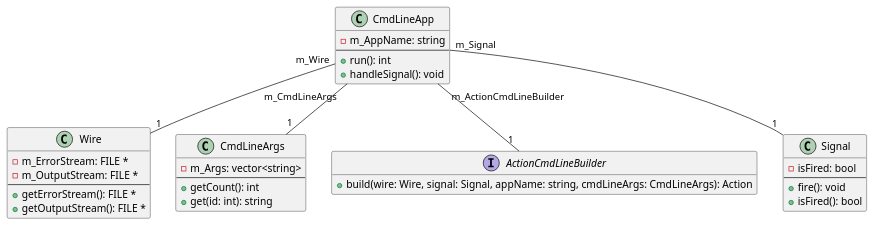
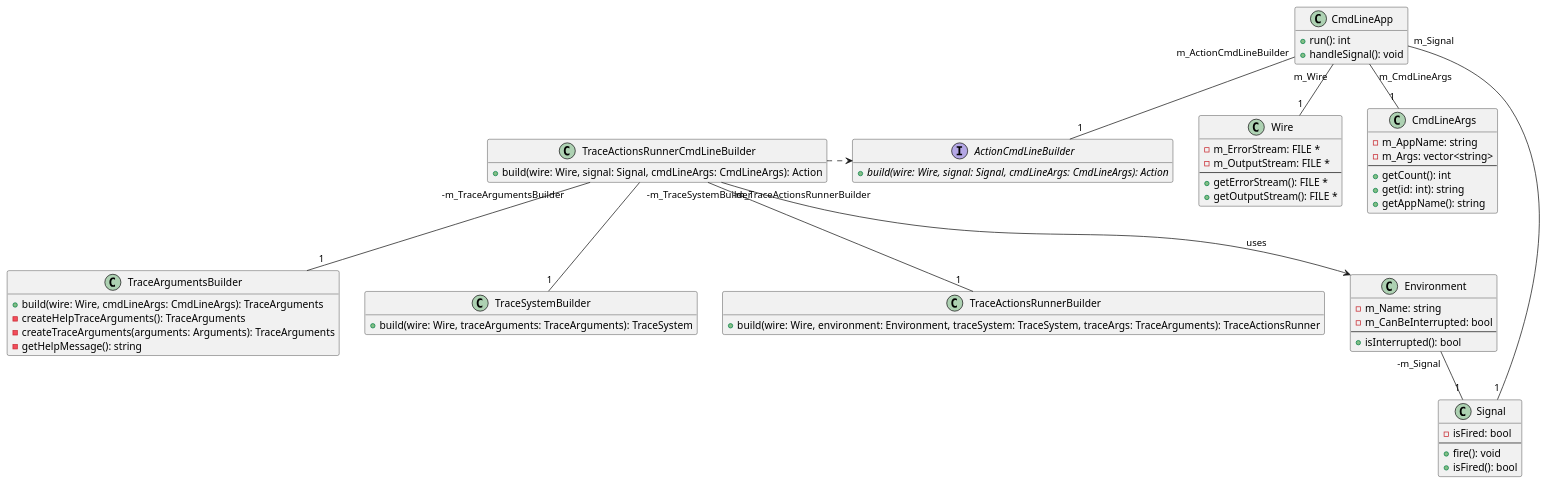
The diagram in docs/design/class_extensible.puml (littlewhywhat/extrace), drawn with PlantUML before and after one commit. The commit also changed 8 other files, not shown here.

Commit message:
Move AppName to CmdLineArgs from CmdLineApp

```diff
--- a/docs/design/class_extensible.puml
+++ b/docs/design/class_extensible.puml
@@ -1,43 +1,83 @@
 @startuml
 
 class CmdLineApp {
-  - m_AppName: string
-  --
   + run(): int
   + handleSignal(): void
 }
+hide CmdLineApp fields
 
 CmdLineApp "m_Wire" -- "1" Wire
 CmdLineApp "m_CmdLineArgs" -- "1" CmdLineArgs
 CmdLineApp "m_ActionCmdLineBuilder" -- "1" ActionCmdLineBuilder
 CmdLineApp "m_Signal" -- "1" Signal
 
 class Wire {
   - m_ErrorStream: FILE *
   - m_OutputStream: FILE *
   --
   + getErrorStream(): FILE *
   + getOutputStream(): FILE *
 }
 hide Wire methods
 
 class Signal {
   - isFired: bool
   --
   + fire(): void
   + isFired(): bool
 }
 
 class CmdLineArgs {
+  - m_AppName: string
   - m_Args: vector<string>
   --
   + getCount(): int
-  + get(id: int): string  
+  + get(id: int): string
+  + getAppName(): string  
 }
 
 interface ActionCmdLineBuilder {
-  + build(wire: Wire, signal: Signal, appName: string, cmdLineArgs: CmdLineArgs): Action
+  + {abstract} build(wire: Wire, signal: Signal, cmdLineArgs: CmdLineArgs): Action
 }
 hide ActionCmdLineBuilder fields
 
+class TraceActionsRunnerCmdLineBuilder {
+  + build(wire: Wire, signal: Signal, cmdLineArgs: CmdLineArgs): Action 
+}
+hide TraceActionsRunnerCmdLineBuilder fields
+
+TraceActionsRunnerCmdLineBuilder .> ActionCmdLineBuilder
+TraceActionsRunnerCmdLineBuilder "-m_TraceArgumentsBuilder" -- "1" TraceArgumentsBuilder
+TraceActionsRunnerCmdLineBuilder "-m_TraceSystemBuilder" -- "1" TraceSystemBuilder
+TraceActionsRunnerCmdLineBuilder "-m_TraceActionsRunnerBuilder" -- "1" TraceActionsRunnerBuilder
+TraceActionsRunnerCmdLineBuilder --> Environment: uses
+
+class TraceArgumentsBuilder {
+  + build(wire: Wire, cmdLineArgs: CmdLineArgs): TraceArguments
+  - createHelpTraceArguments(): TraceArguments
+  - createTraceArguments(arguments: Arguments): TraceArguments
+  - getHelpMessage(): string
+}
+hide TraceArgumentsBuilder fields
+
+class TraceSystemBuilder {
+  + build(wire: Wire, traceArguments: TraceArguments): TraceSystem
+}
+hide TraceSystemBuilder fields
+
+class TraceActionsRunnerBuilder {
+  + build(wire: Wire, environment: Environment, traceSystem: TraceSystem, traceArgs: TraceArguments): TraceActionsRunner
+}
+hide TraceActionsRunnerBuilder fields
+
+class Environment {
+  - m_Name: string
+  - m_CanBeInterrupted: bool
+  --
+  + isInterrupted(): bool
+}
+
+Environment "-m_Signal" -- "1" Signal
+
+
 @enduml
```
